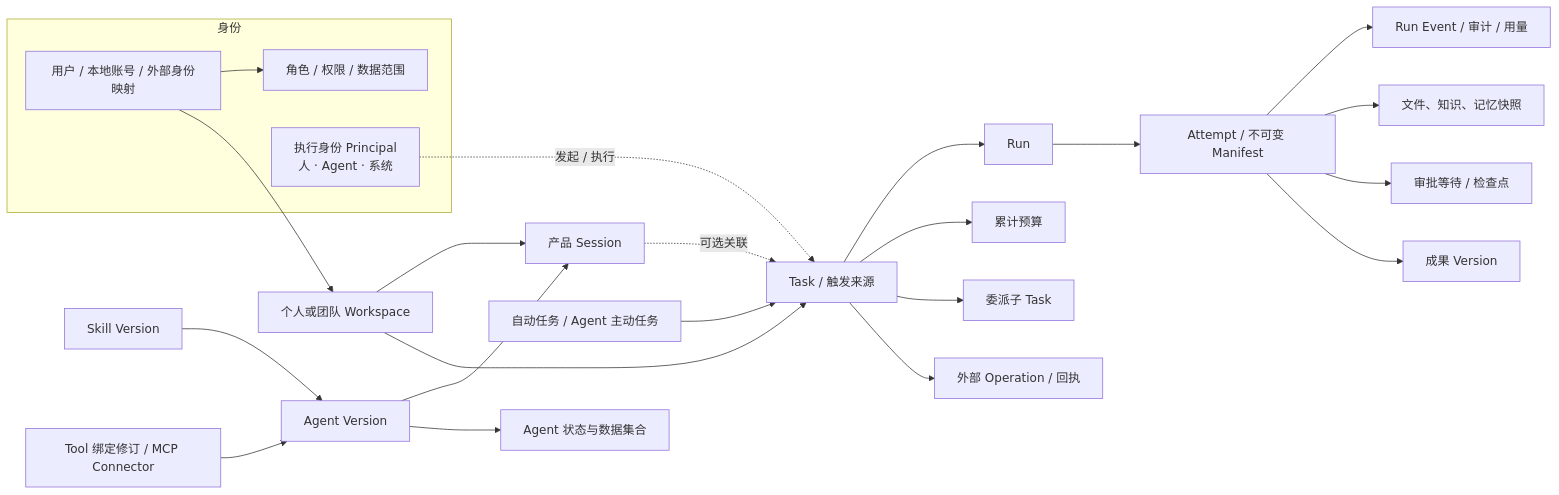
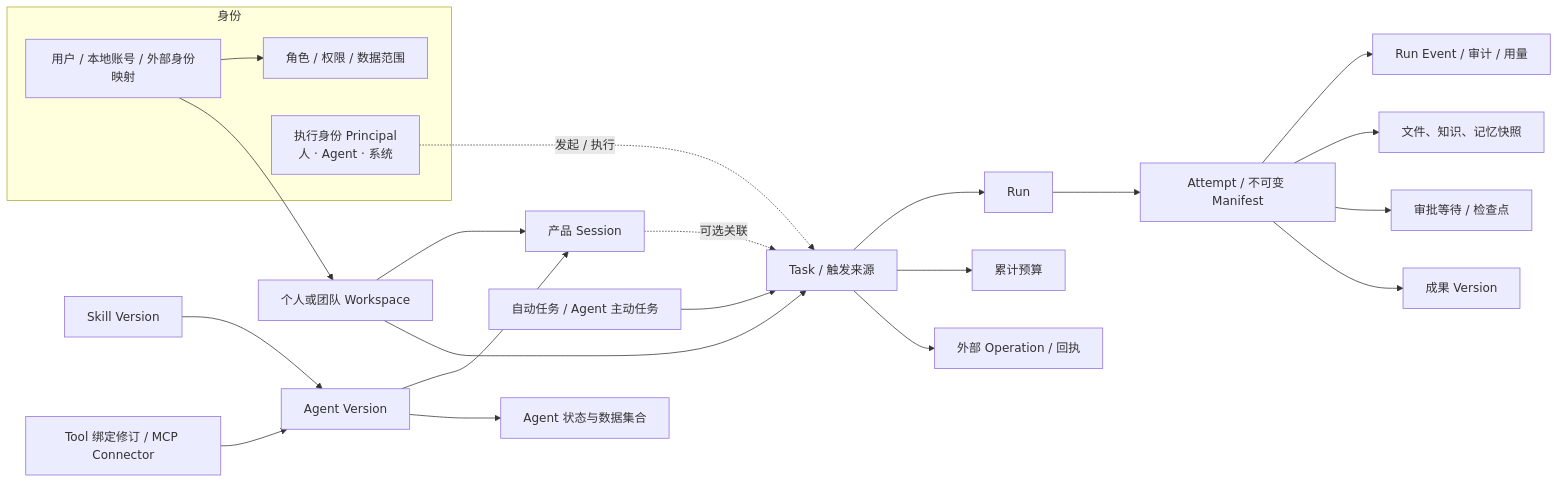
One commit to globalsinocode/dsh-work changed the first of 3 diagrams in docs/design/data-model.md. Above: the diagram before and after it, drawn with Mermaid. The commit also changed other lines of this file and 57 other files, not shown here.

````diff
--- a/docs/design/data-model.md
+++ b/docs/design/data-model.md
@@ -9,25 +9,24 @@
 ```mermaid
 flowchart LR
   subgraph 身份
     Users[用户 / 本地账号 / 外部身份映射] --> Roles[角色 / 权限 / 数据范围]
     Principal[执行身份 Principal<br/>人 · Agent · 系统]
   end
   Users --> Workspace[个人或团队 Workspace]
   Workspace --> Session[产品 Session]
   Workspace --> Task[Task / 触发来源]
   Session -. 可选关联 .-> Task
   Task --> Run[Run] --> Attempt[Attempt / 不可变 Manifest]
   Task --> Budget[累计预算]
-  Task --> Delegation[委派子 Task]
   Principal -. 发起 / 执行 .-> Task
   Agent[Agent Version] --> Session
   Skill[Skill Version] --> Agent
   Tool[Tool 绑定修订 / MCP Connector] --> Agent
   Attempt --> Events[Run Event / 审计 / 用量]
   Attempt --> Sources[文件、知识、记忆快照]
   Attempt --> Wait[审批等待 / 检查点]
   Attempt --> Artifact[成果 Version]
   Agent --> Data[Agent 状态与数据集合]
   Automation[自动任务 / Agent 主动任务] --> Task
   Task --> Operation[外部 Operation / 回执]
 ```
````
